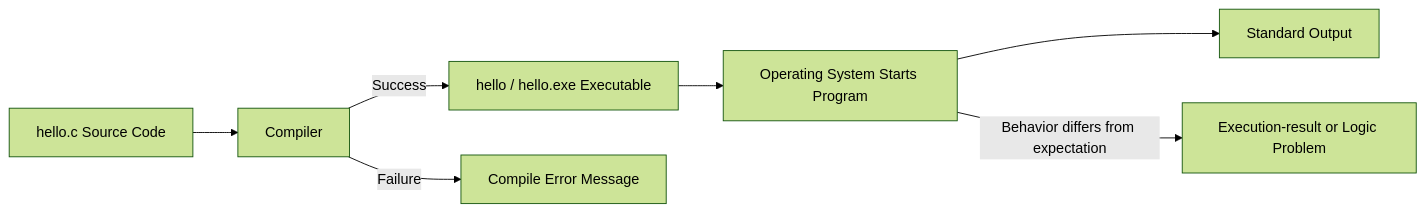
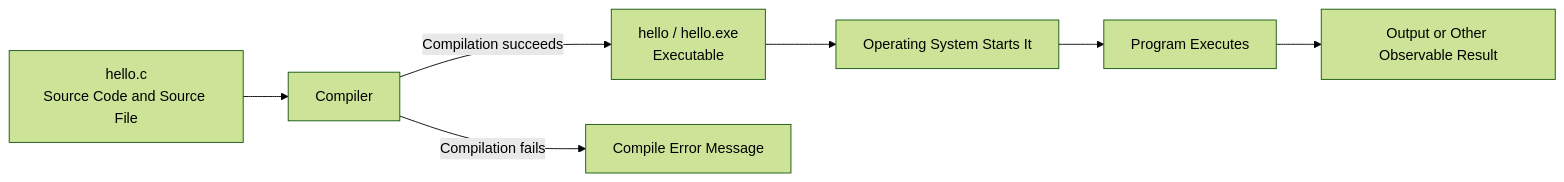
The diagram in materials/preparatory/unit-01-execution.en.md (inred329/summer_pre_course_2026), drawn with Mermaid (forest theme) before and after one commit. The commit also changed other lines of this file and 3 other files, not shown here.

````diff
--- a/materials/preparatory/unit-01-execution.en.md
+++ b/materials/preparatory/unit-01-execution.en.md
@@ -59,9 +119,9 @@
 ```mermaid
 flowchart LR
-    S[hello.c Source Code] --> C[Compiler]
-    C -->|Success| E[hello / hello.exe Executable]
-    C -->|Failure| CE[Compile Error Message]
-    E --> R[Operating System Starts Program]
-    R --> O[Standard Output]
-    R -->|Behavior differs from expectation| RE[Execution-result or Logic Problem]
+    S[hello.c\nSource Code and Source File] --> C[Compiler]
+    C -->|Compilation succeeds| E[hello / hello.exe\nExecutable]
+    C -->|Compilation fails| CE[Compile Error Message]
+    E --> R[Operating System Starts It]
+    R --> P[Program Executes]
+    P --> O[Output or Other Observable Result]
 ```
````
